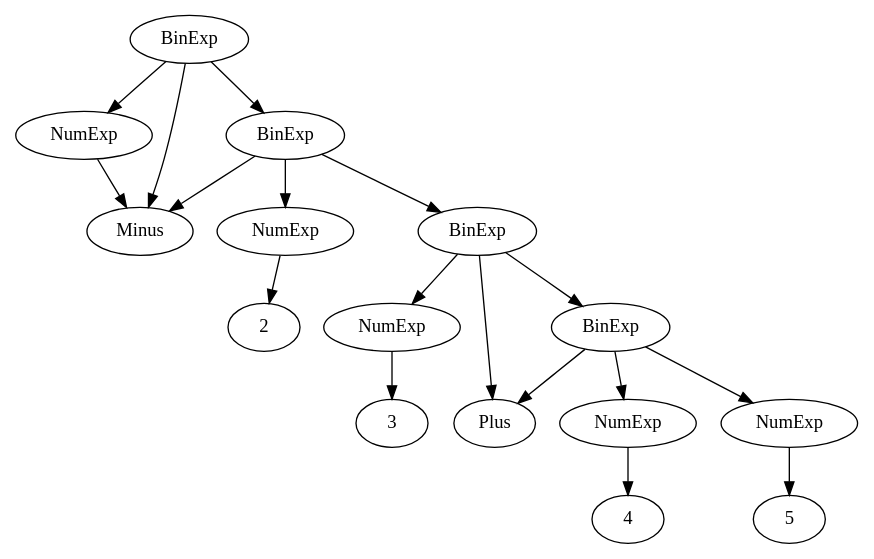
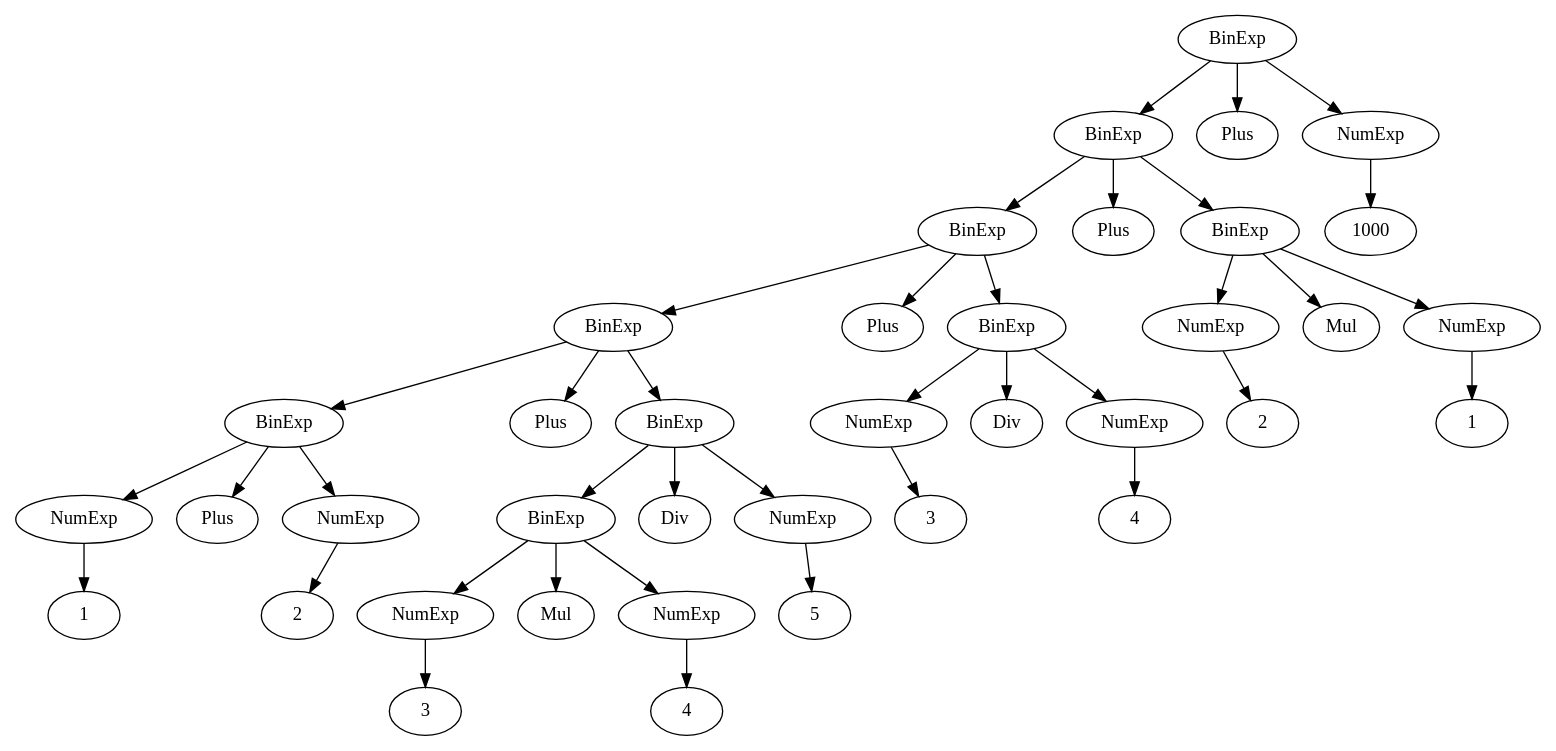
The diagram in jive/graph.dot (alexeyqu/OntoTeamCompiler), drawn with Graphviz before and after one commit. The commit also changed 9 other files, not shown here.

```diff
--- a/jive/graph.dot
+++ b/jive/graph.dot
@@ -1,34 +1,79 @@
 digraph graph1 {
-20489712;
-20489712[label = "BinExp"];
-20489712->20488368
-20488368[label = "NumExp"];
-20488368->1;
-20489712->1;
-1[label=Minus];
-20489712->20489664;
-20489664[label = "BinExp"];
-20489664->20488400
-20488400[label = "NumExp"];
-20488400->2;
-20489664->1;
-1[label=Minus];
-20489664->20489616;
-20489616[label = "BinExp"];
-20489616->20488432
-20488432[label = "NumExp"];
-20488432->3;
-20489616->0;
-0[label=Plus];
-20489616->20489568;
-20489568[label = "BinExp"];
-20489568->20488464
-20488464[label = "NumExp"];
-20488464->4;
-20489568->0;
-0[label=Plus];
-20489568->20488496
-20488496[label = "NumExp"];
-20488496->5;
+11609984;
+11609984[label = "BinExp"];
+11609984->11608864;
+11608864[label = "BinExp"];
+11608864->11608704;
+11608704[label = "BinExp"];
+11608704->11608544;
+11608544[label = "BinExp"];
+11608544->11608304;
+11608304[label = "BinExp"];
+11608304->11608240
+11608240[label = "NumExp"];
+11608240->11608248;
+11608248[label=1];
+11608304->11608328;
+11608328[label=Plus];
+11608304->11608272
+11608272[label = "NumExp"];
+11608272->11608280;
+11608280[label=2];
+11608544->11608568;
+11608568[label=Plus];
+11608544->11608496;
+11608496[label = "BinExp"];
+11608496->11608416;
+11608416[label = "BinExp"];
+11608416->11608352
+11608352[label = "NumExp"];
+11608352->11608360;
+11608360[label=3];
+11608416->11608440;
+11608440[label=Mul];
+11608416->11608384
+11608384[label = "NumExp"];
+11608384->11608392;
+11608392[label=4];
+11608496->11608520;
+11608520[label=Div];
+11608496->11608464
+11608464[label = "NumExp"];
+11608464->11608472;
+11608472[label=5];
+11608704->11608728;
+11608728[label=Plus];
+11608704->11608656;
+11608656[label = "BinExp"];
+11608656->11608592
+11608592[label = "NumExp"];
+11608592->11608600;
+11608600[label=3];
+11608656->11608680;
+11608680[label=Div];
+11608656->11608624
+11608624[label = "NumExp"];
+11608624->11608632;
+11608632[label=4];
+11608864->11608888;
+11608888[label=Plus];
+11608864->11608816;
+11608816[label = "BinExp"];
+11608816->11608752
+11608752[label = "NumExp"];
+11608752->11608760;
+11608760[label=2];
+11608816->11608840;
+11608840[label=Mul];
+11608816->11608784
+11608784[label = "NumExp"];
+11608784->11608792;
+11608792[label=1];
+11609984->11610008;
+11610008[label=Plus];
+11609984->11608912
+11608912[label = "NumExp"];
+11608912->11608920;
+11608920[label=1000];
 
 }
```
